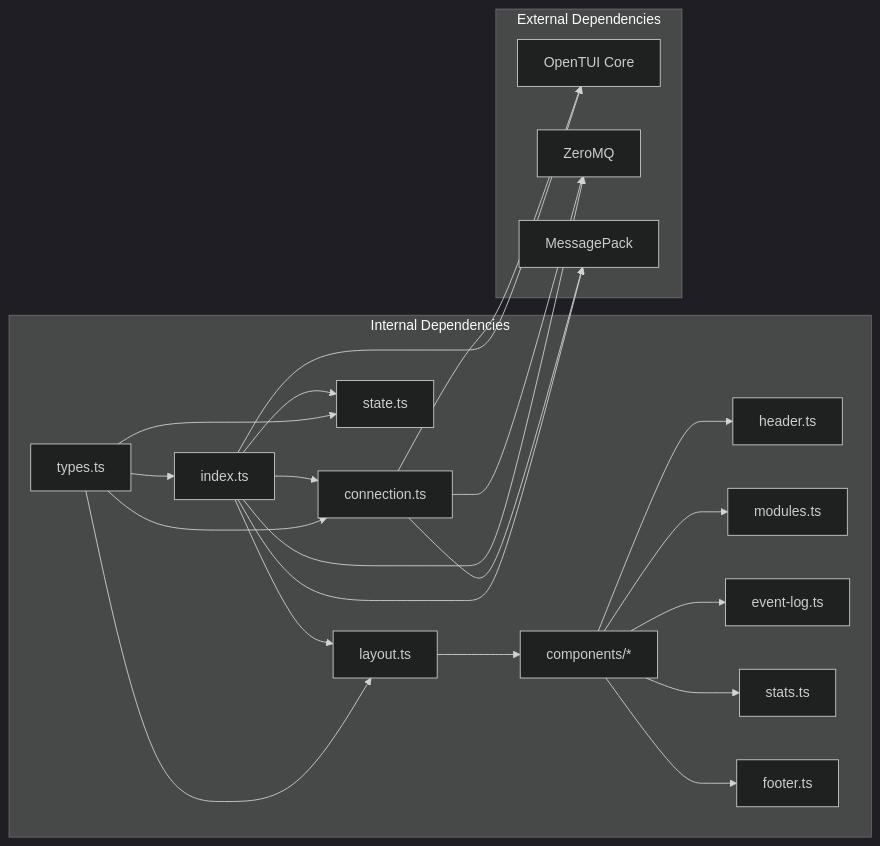
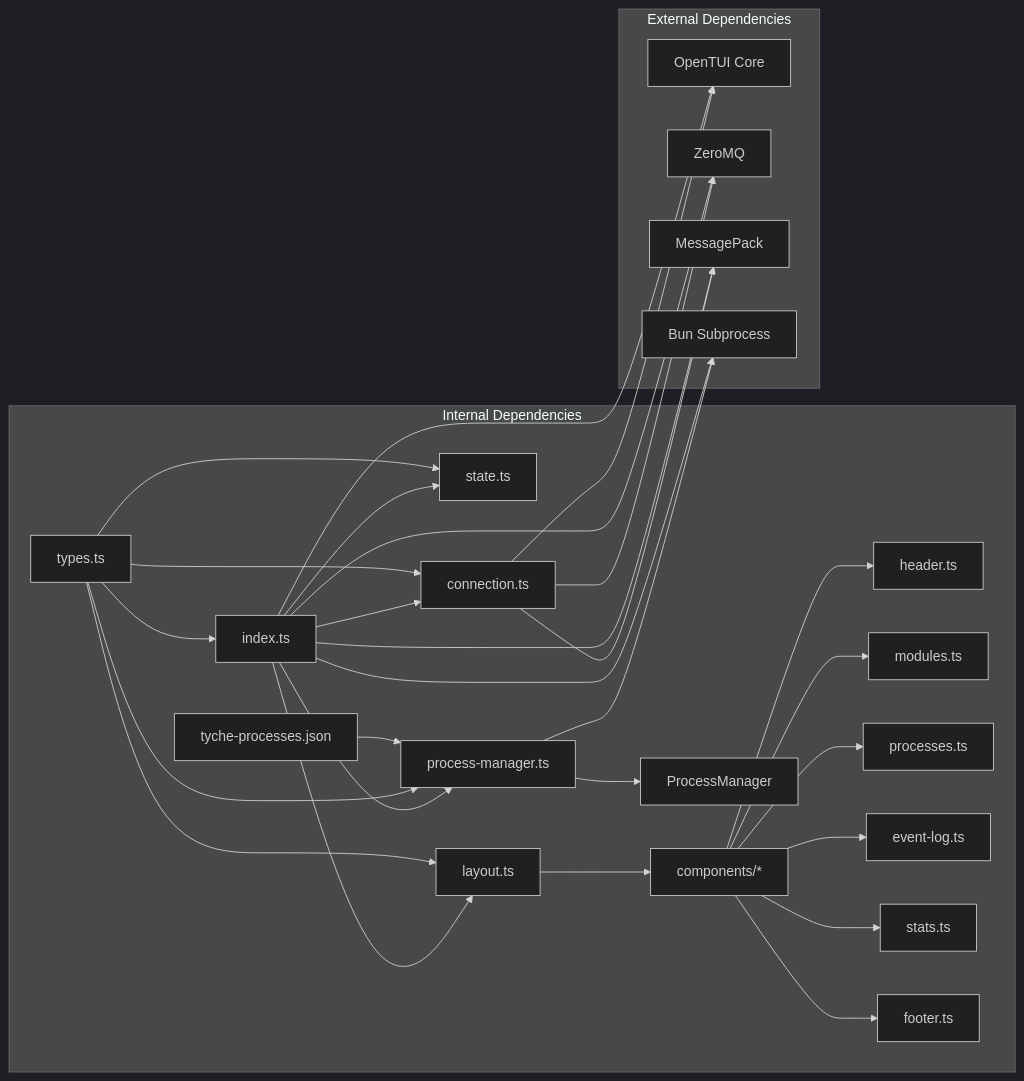
Before and after one commit to zt281/TycheEngine: the tenth of 10 diagrams in .qoder/repowiki/en/content/Advanced Features/Terminal User Interface Dashboard.md, drawn with Mermaid (dark theme). The commit also changed other lines of this file and 33 other files, not shown here.

````diff
--- a/.qoder/repowiki/en/content/Advanced Features/Terminal User Interface Dashboard.md
+++ b/.qoder/repowiki/en/content/Advanced Features/Terminal User Interface Dashboard.md
@@ -343,29 +549,37 @@
 ```mermaid
 graph LR
 subgraph "Internal Dependencies"
 A[index.ts] --> B[connection.ts]
 A --> C[state.ts]
 A --> D[layout.ts]
+A --> PM[process-manager.ts]
+PM --> PT[ProcessManager]
 D --> E[components/*]
 E --> F[header.ts]
 E --> G[modules.ts]
-E --> H[event-log.ts]
-E --> I[stats.ts]
-E --> J[footer.ts]
-K[types.ts] --> A
-K --> B
-K --> C
-K --> D
+E --> H[processes.ts]
+E --> I[event-log.ts]
+E --> J[stats.ts]
+E --> K[footer.ts]
+L[types.ts] --> A
+L --> B
+L --> C
+L --> D
+L --> PM
+M[tyche-processes.json] --> PM
 end
 subgraph "External Dependencies"
-L[OpenTUI Core]
-M[ZeroMQ]
-N[MessagePack]
-B --> L
-B --> M
+N[OpenTUI Core]
+O[ZeroMQ]
+P[MessagePack]
+Q[Bun Subprocess]
 B --> N
+B --> O
+B --> P
+PM --> Q
 end
-A --> L
-A --> M
 A --> N
+A --> O
+A --> P
+A --> Q
 ```
````
